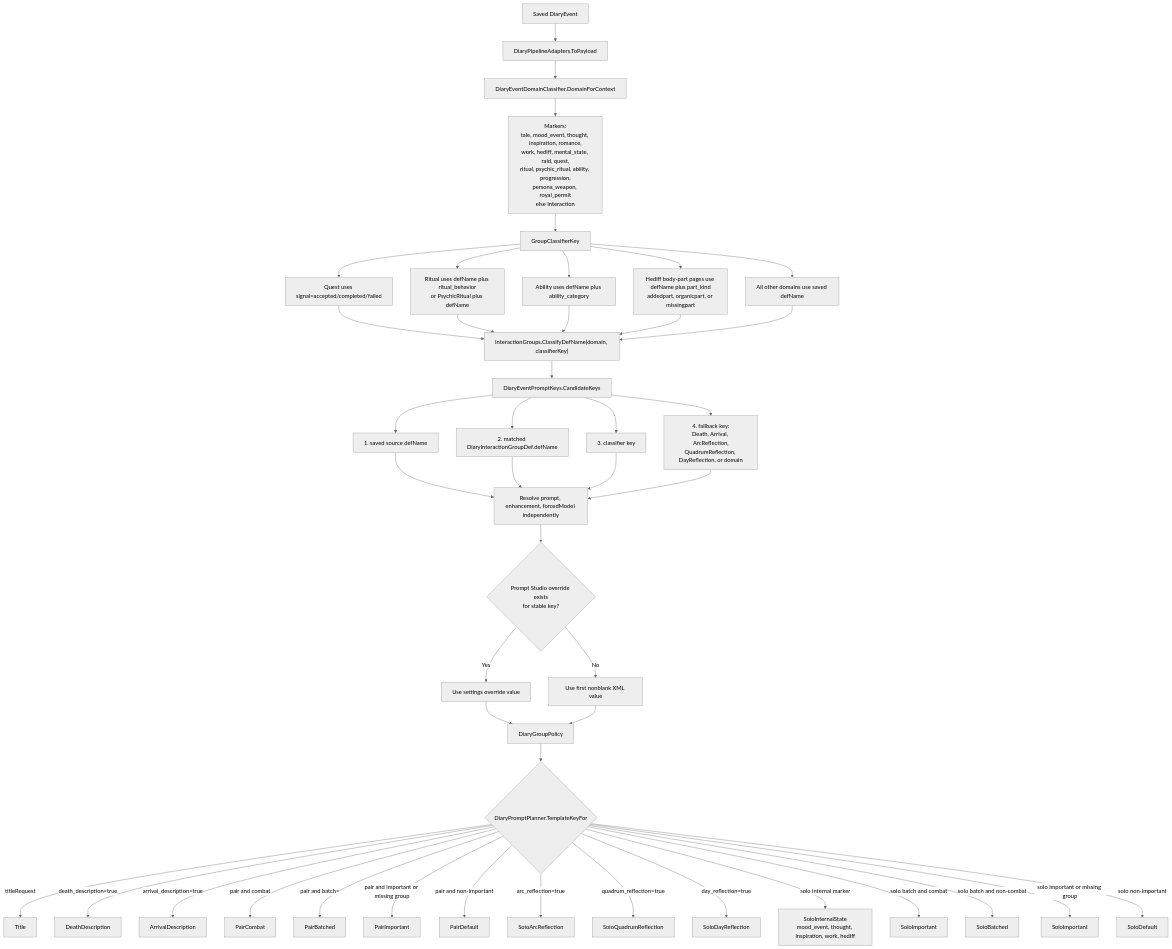
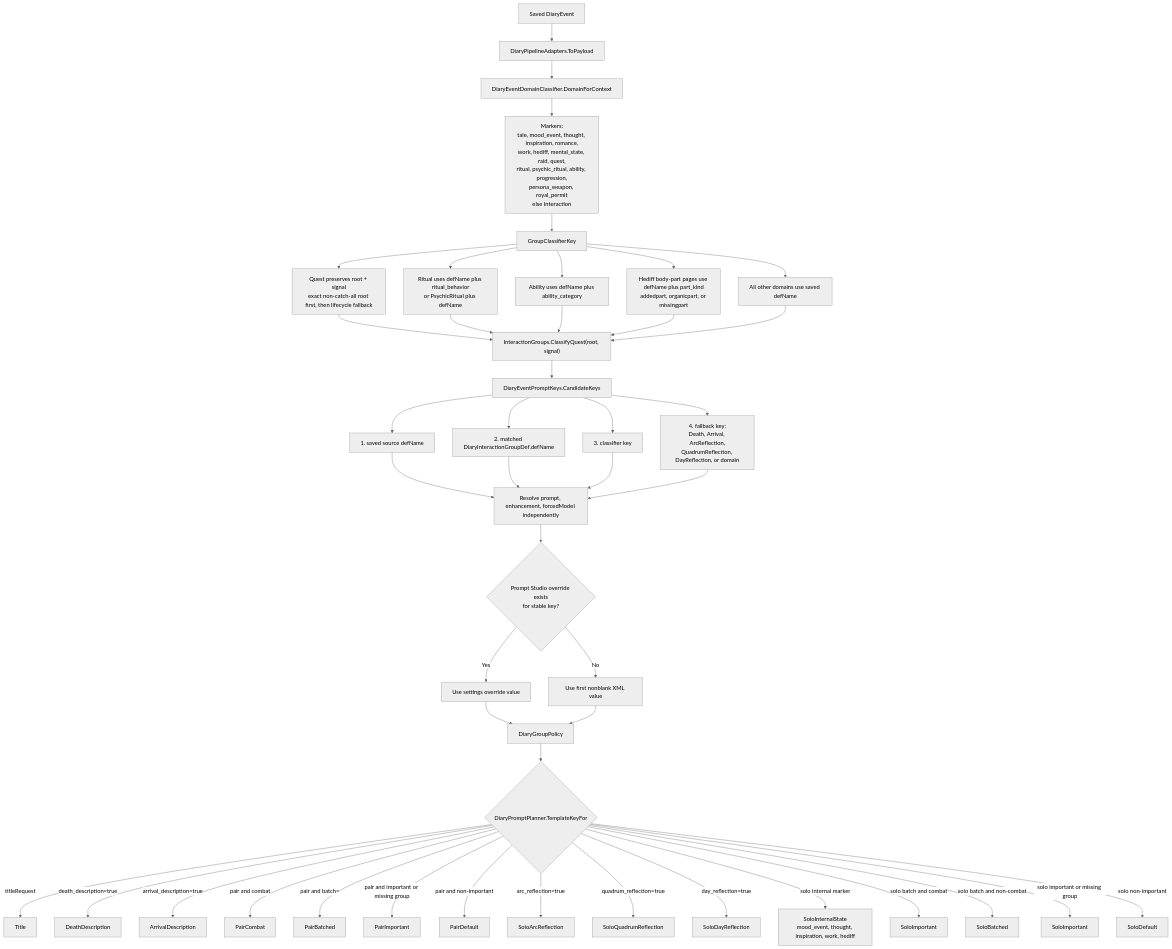
Before and after one commit to aimmlegate/PawnDiary: the second of 6 diagrams in EVENT_PROMPT_MAP.md, drawn with Mermaid (neutral theme). The commit also changed other lines of this file and 45 other files, not shown here.

````diff
--- a/EVENT_PROMPT_MAP.md
+++ b/EVENT_PROMPT_MAP.md
@@ -185,50 +192,50 @@
 ```mermaid
 flowchart TD
     Event["Saved DiaryEvent"] --> Payload["DiaryPipelineAdapters.ToPayload"]
     Payload --> Domain["DiaryEventDomainClassifier.DomainForContext"]
     Domain --> Markers["Markers:<br/>tale, mood_event, thought, inspiration, romance,<br/>work, hediff, mental_state, raid, quest,<br/>ritual, psychic_ritual, ability, progression,<br/>persona_weapon, royal_permit<br/>else Interaction"]
     Markers --> Classifier["GroupClassifierKey"]
-    Classifier --> QuestKey["Quest uses signal=accepted/completed/failed"]
+    Classifier --> QuestKey["Quest preserves root + signal<br/>exact non-catch-all root first, then lifecycle fallback"]
     Classifier --> RitualKey["Ritual uses defName plus ritual_behavior<br/>or PsychicRitual plus defName"]
     Classifier --> AbilityKey["Ability uses defName plus ability_category"]
     Classifier --> HediffKey["Hediff body-part pages use defName plus part_kind<br/>addedpart, organicpart, or missingpart"]
     Classifier --> DefaultKey["All other domains use saved defName"]
 
-    QuestKey --> Group["InteractionGroups.ClassifyDefName(domain, classifierKey)"]
+    QuestKey --> Group["InteractionGroups.ClassifyQuest(root, signal)"]
     RitualKey --> Group
     AbilityKey --> Group
     HediffKey --> Group
     DefaultKey --> Group
     Group --> CandidateKeys["DiaryEventPromptKeys.CandidateKeys"]
     CandidateKeys --> K1["1. saved source defName"]
     CandidateKeys --> K2["2. matched DiaryInteractionGroupDef.defName"]
     CandidateKeys --> K3["3. classifier key"]
     CandidateKeys --> K4["4. fallback key:<br/>Death, Arrival, ArcReflection,<br/>QuadrumReflection, DayReflection, or domain"]
 
     K1 --> Resolve["Resolve prompt, enhancement, forcedModel independently"]
     K2 --> Resolve
     K3 --> Resolve
     K4 --> Resolve
     Resolve --> Override{"Prompt Studio override exists<br/>for stable key?"}
     Override -- Yes --> SettingsValue["Use settings override value"]
     Override -- No --> XmlValue["Use first nonblank XML value"]
     SettingsValue --> Policy["DiaryGroupPolicy"]
     XmlValue --> Policy
 
     Policy --> Template{"DiaryPromptPlanner.TemplateKeyFor"}
     Template -- titleRequest --> Title["Title"]
     Template -- death_description=true --> DeathDescription["DeathDescription"]
     Template -- arrival_description=true --> ArrivalDescription["ArrivalDescription"]
     Template -- pair and combat --> PairCombat["PairCombat"]
     Template -- pair and batch= --> PairBatched["PairBatched"]
     Template -- pair and important or missing group --> PairImportant["PairImportant"]
     Template -- pair and non-important --> PairDefault["PairDefault"]
     Template -- arc_reflection=true --> SoloArcReflection["SoloArcReflection"]
     Template -- quadrum_reflection=true --> SoloQuadrumReflection["SoloQuadrumReflection"]
     Template -- day_reflection=true --> SoloDayReflection["SoloDayReflection"]
     Template -- solo internal marker --> SoloInternalState["SoloInternalState<br/>mood_event, thought, inspiration, work, hediff"]
     Template -- solo batch and combat --> SoloImportantBatch["SoloImportant"]
     Template -- solo batch and non-combat --> SoloBatched["SoloBatched"]
     Template -- solo important or missing group --> SoloImportant["SoloImportant"]
     Template -- solo non-important --> SoloDefault["SoloDefault"]
 ```
````
